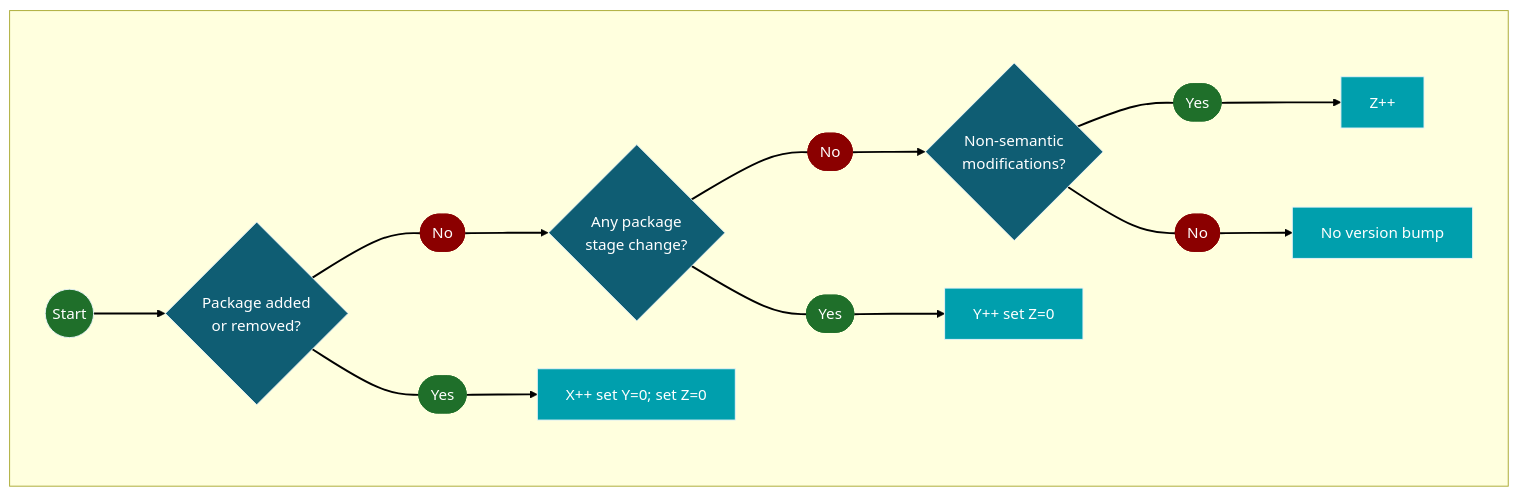
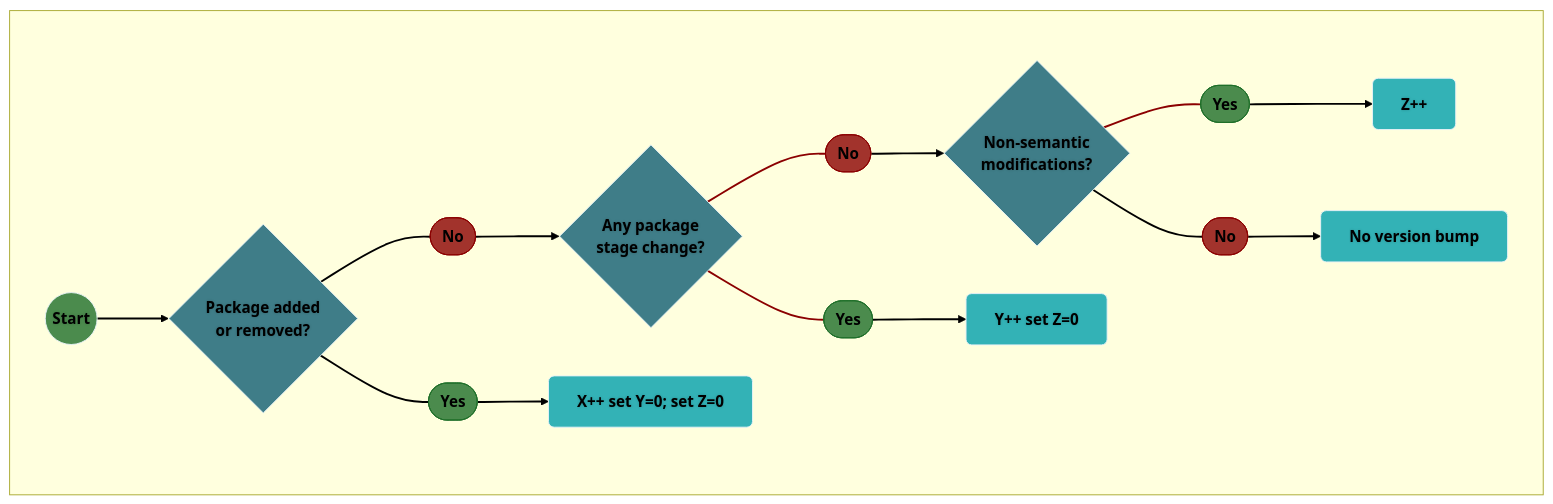
The diagram in docs/method/versioning-ontology.md (Health-RI/semantic-interoperability), drawn with Mermaid before and after one commit. The commit also changed 4 other files, not shown here.

First line of the commit message:
docs(method): add ontology note policy; regroup nav; fix link; tweak diagrams

````diff
--- a/docs/method/versioning-ontology.md
+++ b/docs/method/versioning-ontology.md
@@ -113,53 +113,66 @@
 ```mermaid
 flowchart LR
 
   subgraph ALL[ ]
     direction LR
 
     S((Start))
 
     B{Package added<br/>or removed?}
     C{Any package<br/>stage change?}
     D{Non-semantic<br/>modifications?}
 
     X[X++ set Y=0; set Z=0]
     Y[Y++ set Z=0]
     Z[Z++]
     N[No version bump]
 
     yes1([Yes]):::yes
     no1([No]):::no
     yes2([Yes]):::yes
     no2([No]):::no
     yes3([Yes]):::yes
     no3([No]):::no
 
     S --> B
     B --- yes1
     B --- no1
     C --- yes2
     C --- no2
     D --- yes3
     D --- no3
     yes1 --> X
     no1    --> C
     yes2 --> Y
     no2    --> D
     yes3 --> Z
     no3    --> N
   end
 
-  classDef stage fill:#0f5d73,stroke:#e6f2f6,color:#ffffff;
-  classDef pub   fill:#1f6f2a,stroke:#e6f2f6,color:#ffffff;
+  %% Node styling (Option A adjustments)
+  %% - Semi-transparent fills improve readability on any theme
+  %% - Bold font, rounded corners, small padding
+  classDef stage fill:#0f5d73cc,stroke:#e6f2f6,color:inherit,font-weight:bold,rx:6,ry:6,padding:4;
+  classDef pub   fill:#1f6f2acc,stroke:#e6f2f6,color:inherit,font-weight:bold,rx:6,ry:6,padding:4;
+  classDef yes   fill:#1f6f2acc,stroke:#1f6f2a,color:inherit,font-weight:bold,rx:6,ry:6,padding:4;
+  classDef no    fill:#8B0000cc,stroke:#8B0000,color:inherit,font-weight:bold,rx:6,ry:6,padding:4;
+  classDef result fill:#009fadcc,stroke:#e6f2f6,color:inherit,font-weight:bold,rx:6,ry:6,padding:4;
+
   class B,C,D stage;
   class S,X,Y,Z,N pub;
+  class X,Y,Z,N result;
 
-  classDef yes fill:#1f6f2a,stroke:#1f6f2a,color:#ffffff;
-  classDef no  fill:#8B0000,stroke:#8B0000,color:#ffffff;
+  %% Soft text halo for light themes (increases contrast slightly)
+  style S text-shadow:0px 0px 3px #00000033
+  style B text-shadow:0px 0px 3px #00000033
+  style C text-shadow:0px 0px 3px #00000033
+  style D text-shadow:0px 0px 3px #00000033
+  style X text-shadow:0px 0px 3px #00000033
+  style Y text-shadow:0px 0px 3px #00000033
+  style Z text-shadow:0px 0px 3px #00000033
+  style N text-shadow:0px 0px 3px #00000033
 
+  %% Edge styling
   linkStyle default stroke:#000000,stroke-width:2px;
-
-  %% New result style
-  classDef result fill:#009fad,stroke:#e6f2f6,color:#ffffff;
-  class X,Y,Z,N result;
+  linkStyle 3,4,5 stroke:#8B0000,stroke-width:2px;
 ```
````
